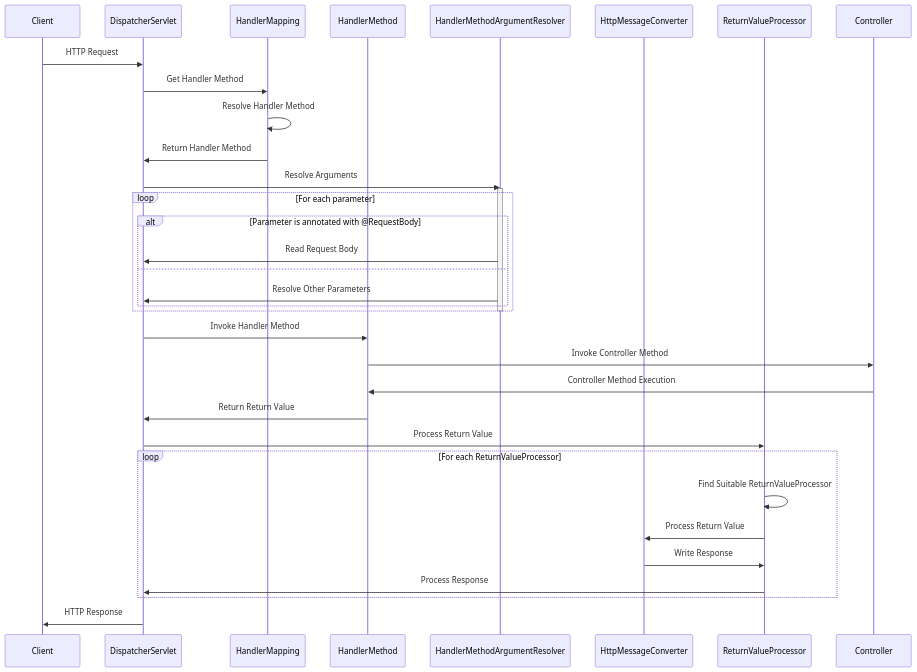
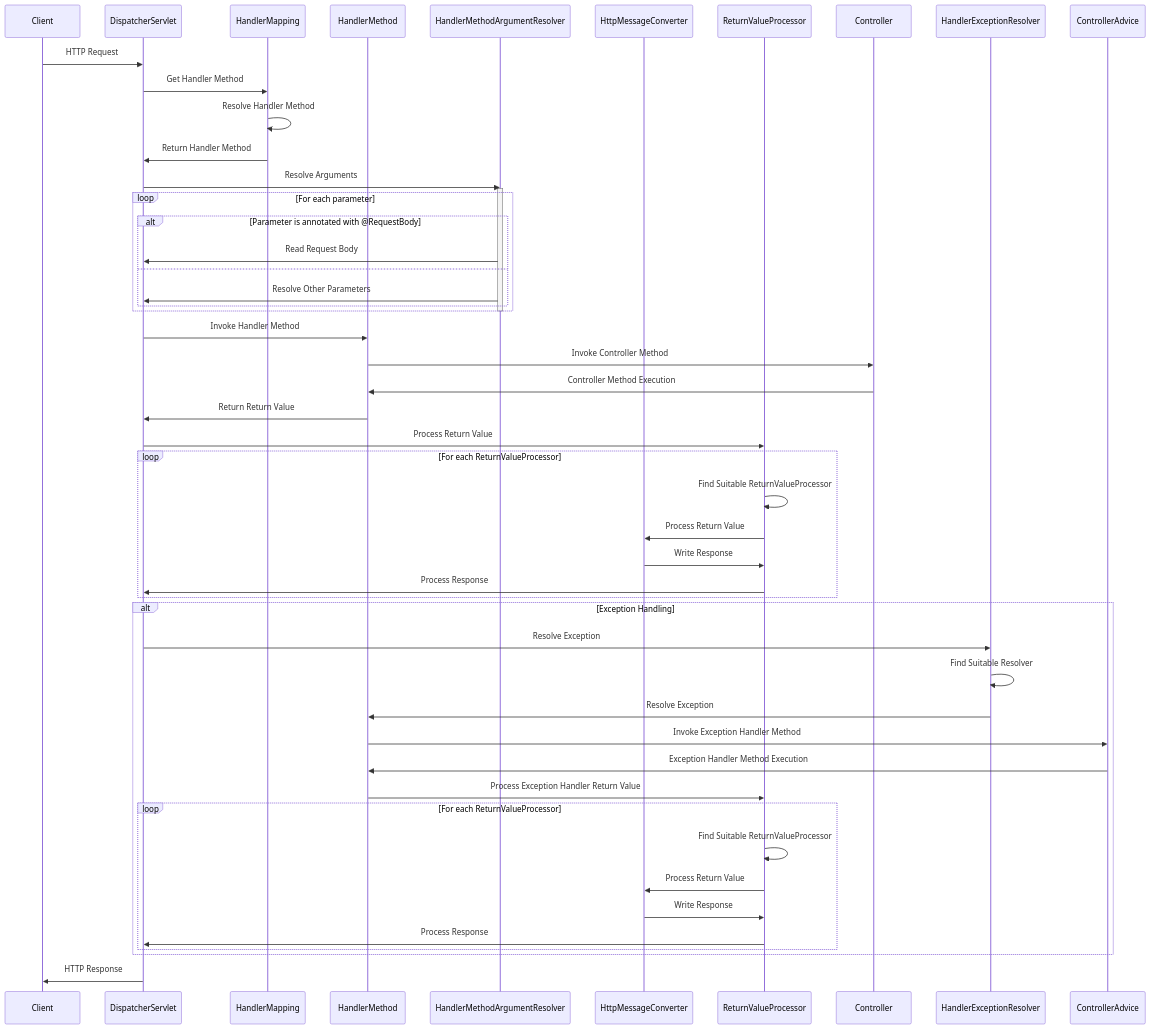
The second of 2 diagrams in BringWeb/diagrams.md (hoverla-team-2023/HoverlaBring), drawn with Mermaid before and after one commit. The commit also changed other lines of this file and 1 other file, not shown here.

First line of the commit message:
[BRING-55] - update diagrams (#41)

````diff
--- a/BringWeb/diagrams.md
+++ b/BringWeb/diagrams.md
@@ -65,42 +74,57 @@
 ```mermaid
 sequenceDiagram
     participant Client
     participant DispatcherServlet
     participant HandlerMapping
     participant HandlerMethod
     participant HandlerMethodArgumentResolver
     participant HttpMessageConverter
     participant ReturnValueProcessor
     participant Controller
     Client ->> DispatcherServlet: HTTP Request
     DispatcherServlet ->> HandlerMapping: Get Handler Method
     HandlerMapping ->> HandlerMapping: Resolve Handler Method
     HandlerMapping ->> DispatcherServlet: Return Handler Method
     DispatcherServlet ->> HandlerMethodArgumentResolver: Resolve Arguments
     activate HandlerMethodArgumentResolver
 
     loop For each parameter
         alt Parameter is annotated with @RequestBody
             HandlerMethodArgumentResolver ->> DispatcherServlet: Read Request Body
         else
             HandlerMethodArgumentResolver ->> DispatcherServlet: Resolve Other Parameters
         end
     end
 
     deactivate HandlerMethodArgumentResolver
     DispatcherServlet ->> HandlerMethod: Invoke Handler Method
     HandlerMethod ->> Controller: Invoke Controller Method
     Controller ->> HandlerMethod: Controller Method Execution
     HandlerMethod ->> DispatcherServlet: Return Return Value
     DispatcherServlet ->> ReturnValueProcessor: Process Return Value
 
     loop For each ReturnValueProcessor
         ReturnValueProcessor ->> ReturnValueProcessor: Find Suitable ReturnValueProcessor
         ReturnValueProcessor ->> HttpMessageConverter: Process Return Value
         HttpMessageConverter ->> ReturnValueProcessor: Write Response
         ReturnValueProcessor ->> DispatcherServlet: Process Response
     end
+    
+    alt Exception Handling
+        DispatcherServlet ->> HandlerExceptionResolver: Resolve Exception
+        HandlerExceptionResolver ->> HandlerExceptionResolver: Find Suitable Resolver
+        HandlerExceptionResolver ->> HandlerMethod: Resolve Exception
+        HandlerMethod ->> ControllerAdvice: Invoke Exception Handler Method
+        ControllerAdvice ->> HandlerMethod: Exception Handler Method Execution
+        HandlerMethod ->> ReturnValueProcessor: Process Exception Handler Return Value
 
+        loop For each ReturnValueProcessor
+            ReturnValueProcessor ->> ReturnValueProcessor: Find Suitable ReturnValueProcessor
+            ReturnValueProcessor ->> HttpMessageConverter: Process Return Value
+            HttpMessageConverter ->> ReturnValueProcessor: Write Response
+            ReturnValueProcessor ->> DispatcherServlet: Process Response
+        end
+    end
     DispatcherServlet ->> Client: HTTP Response
 
 ```
````
